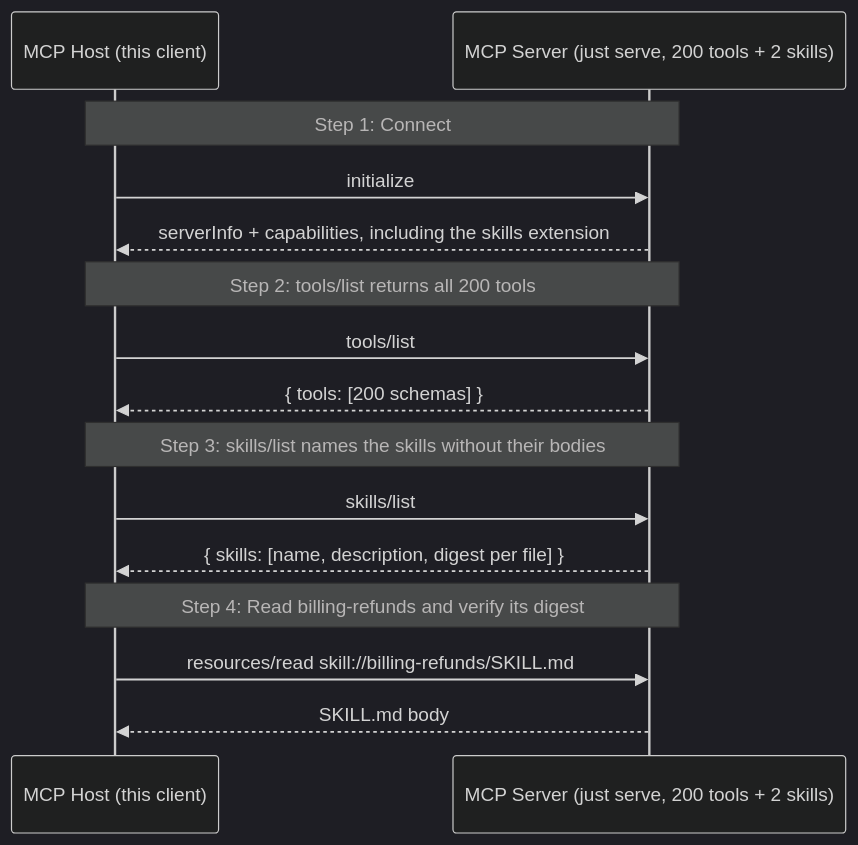
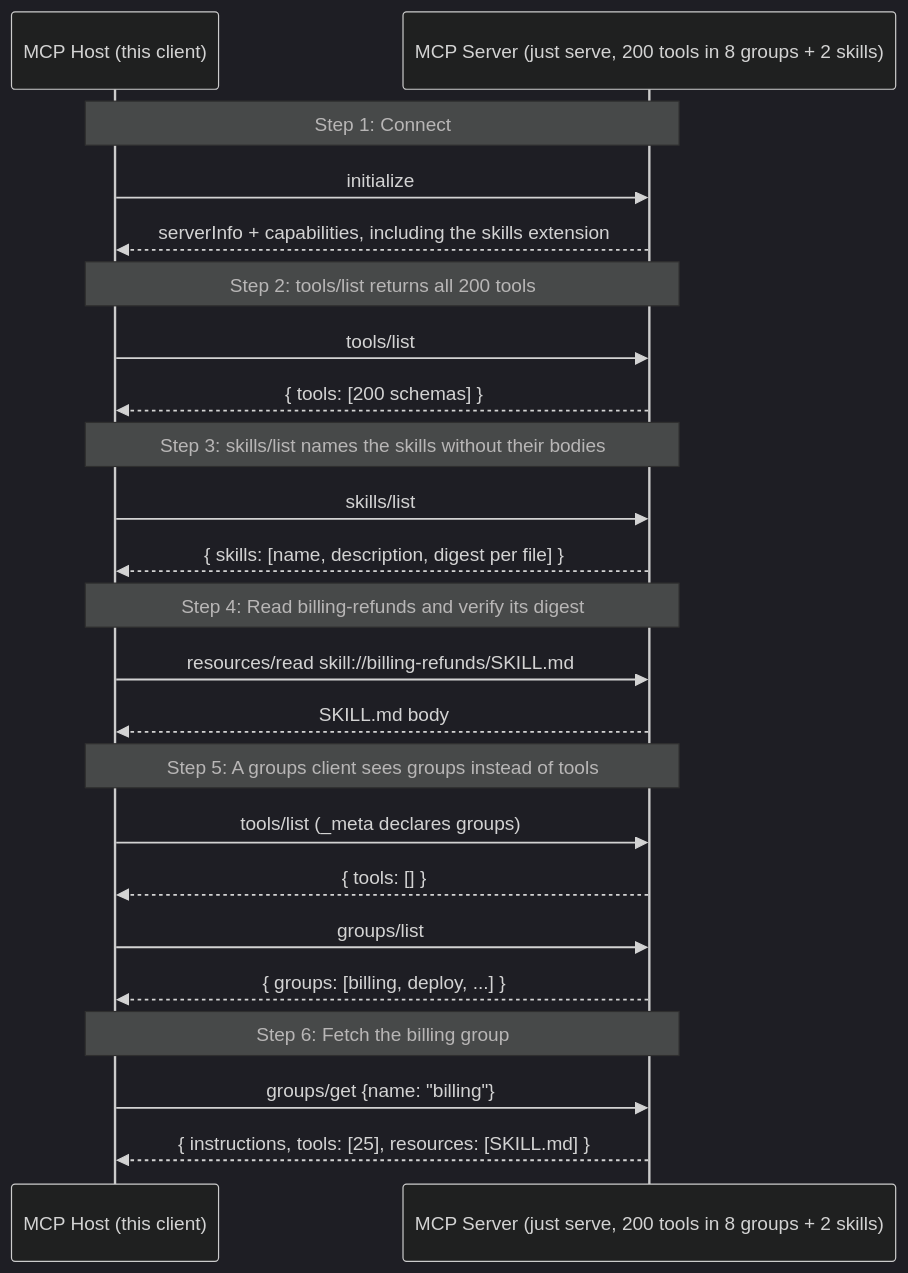
The diagram in examples/disclosure/WALKTHROUGH.md (panyam/mcpkit), drawn with Mermaid (dark theme) before and after one commit. The commit also changed other lines of this file and 21 other files, not shown here.

First line of the commit message:
experimental/ext/groups: groups/list, groups/get and the list filter

````diff
--- a/examples/disclosure/WALKTHROUGH.md
+++ b/examples/disclosure/WALKTHROUGH.md
@@ -13,21 +15,31 @@
 ```mermaid
 sequenceDiagram
     participant Host as MCP Host (this client)
-    participant Server as MCP Server (just serve, 200 tools + 2 skills)
+    participant Server as MCP Server (just serve, 200 tools in 8 groups + 2 skills)
 
     Note over Host,Server: Step 1: Connect
     Host->>Server: initialize
     Server-->>Host: serverInfo + capabilities, including the skills extension
 
     Note over Host,Server: Step 2: tools/list returns all 200 tools
     Host->>Server: tools/list
     Server-->>Host: { tools: [200 schemas] }
 
     Note over Host,Server: Step 3: skills/list names the skills without their bodies
     Host->>Server: skills/list
     Server-->>Host: { skills: [name, description, digest per file] }
 
     Note over Host,Server: Step 4: Read billing-refunds and verify its digest
     Host->>Server: resources/read skill://billing-refunds/SKILL.md
     Server-->>Host: SKILL.md body
+
+    Note over Host,Server: Step 5: A groups client sees groups instead of tools
+    Host->>Server: tools/list  (_meta declares groups)
+    Server-->>Host: { tools: [] }
+    Host->>Server: groups/list
+    Server-->>Host: { groups: [billing, deploy, ...] }
+
+    Note over Host,Server: Step 6: Fetch the billing group
+    Host->>Server: groups/get {name: "billing"}
+    Server-->>Host: { instructions, tools: [25], resources: [SKILL.md] }
 ```
````
